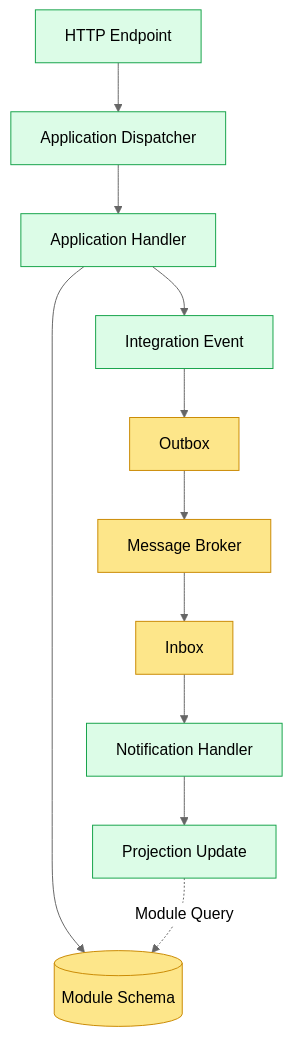
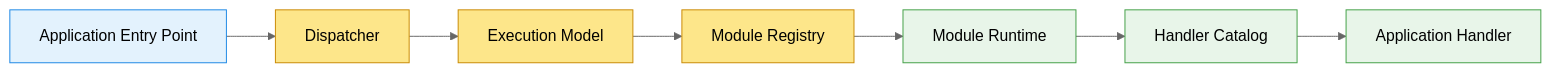
One commit to soufiane-rizk/Jobwize changed the first of 3 diagrams in docs/architecture/09-runtime.md. Above: the diagram before and after it, drawn with Mermaid (neutral theme). The commit also changed other lines of this file and 10 other files, not shown here.

Commit message:
docs(architecture): document the new runtime architecture

````diff
--- a/docs/architecture/09-runtime.md
+++ b/docs/architecture/09-runtime.md
@@ -97,49 +34,37 @@
 ```mermaid
-flowchart TD
+flowchart LR
 
-    Endpoint["HTTP Endpoint"]
+    Endpoint["Application Entry Point"]
 
-    Dispatcher["Application Dispatcher"]
+    Dispatcher["Dispatcher"]
+
+    Execution["Execution Model"]
+
+    Registry["Module Registry"]
+
+    Runtime["Module Runtime"]
+
+    Catalog["Handler Catalog"]
 
     Handler["Application Handler"]
 
-    Database[(Module Schema)]
-
-    Event["Integration Event"]
-
-    Outbox["Outbox"]
-
-    Broker["Message Broker"]
-
-    Inbox["Inbox"]
-
-    Notification["Notification Handler"]
-
-    Projection["Projection Update"]
-
     Endpoint --> Dispatcher
 
-    Dispatcher --> Handler
+    Dispatcher --> Execution
 
-    Handler --> Database
+    Execution --> Registry
 
-    Handler --> Event
+    Registry --> Runtime
 
-    Event --> Outbox
+    Runtime --> Catalog
 
-    Outbox --> Broker
+    Catalog --> Handler
 
-    Broker --> Inbox
+    classDef entry fill:#E3F2FD,stroke:#1E88E5,color:#000;
+    classDef runtime fill:#fde68a,stroke:#ca8a04,color:#000
+    classDef module fill:#E8F5E9,stroke:#43A047,color:#000;
 
-    Inbox --> Notification
-
-    Notification --> Projection
-
-    Projection -. "Module Query" .-> Database
-
-    classDef application fill:#dcfce7,stroke:#16a34a,color:#000;
-    classDef infrastructure fill:#fde68a,stroke:#ca8a04,color:#000;
-
-    class Endpoint,Dispatcher,Handler,Event,Notification,Projection application;
-    class Database,Outbox,Broker,Inbox infrastructure;
+    class Endpoint entry;
+    class Dispatcher,Execution,Registry runtime;
+    class Runtime,Catalog,Handler module;
 ```
````
